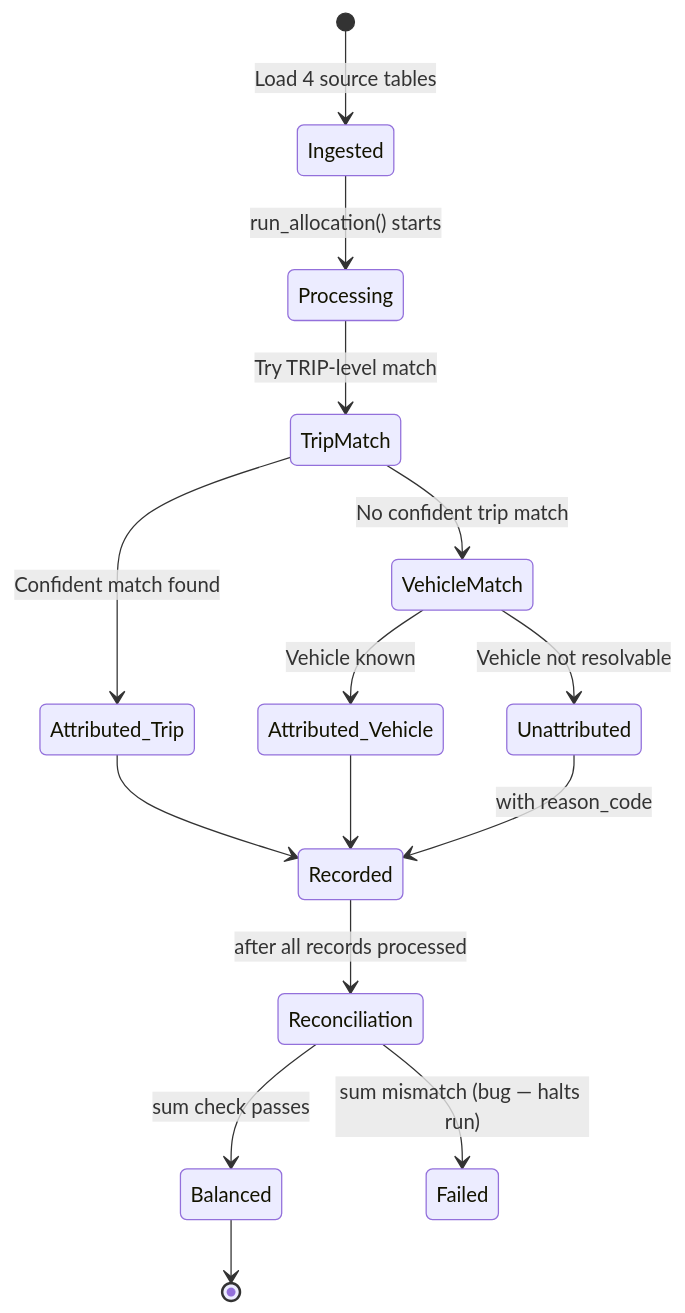
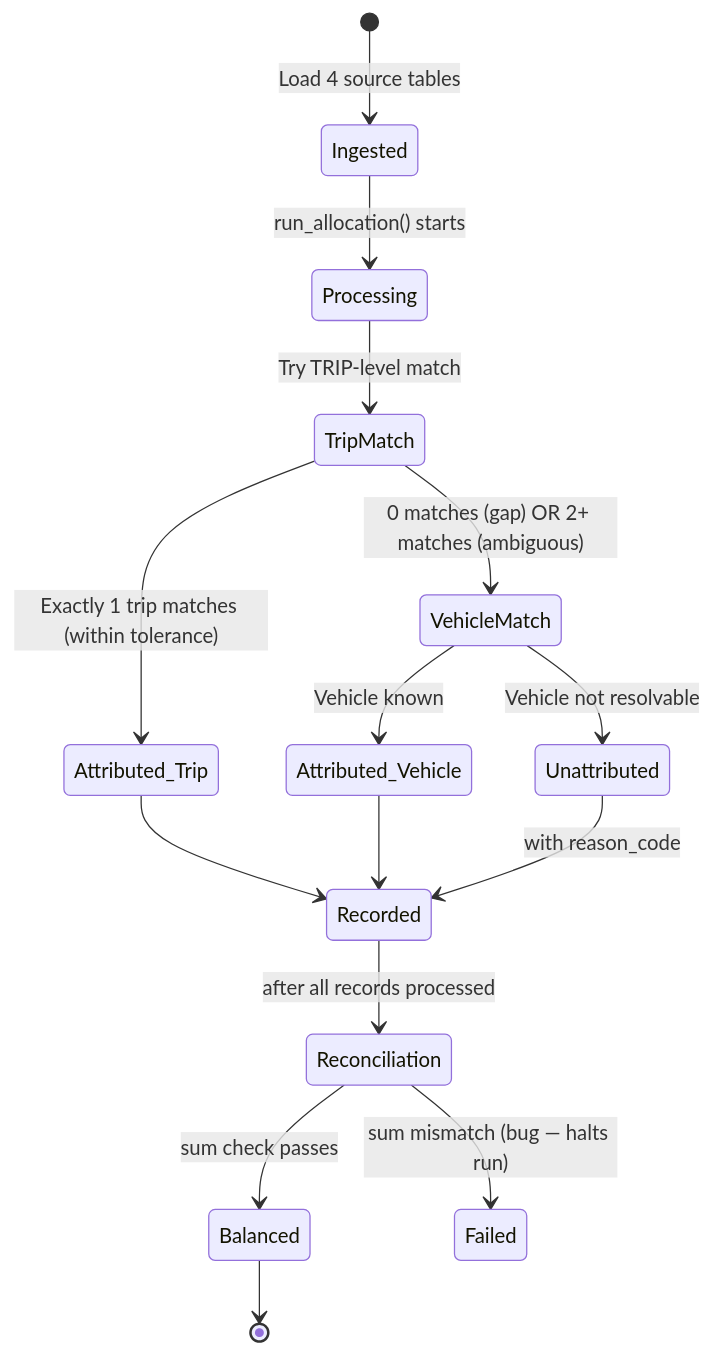
Before and after one commit to fenzamaria/vehicle-trip-cost-allocation: the second of 2 diagrams in Architecture.md, drawn with Mermaid. The commit also changed other lines of this file and 1 other file, not shown here.

````diff
--- a/Architecture.md
+++ b/Architecture.md
@@ -126,17 +131,17 @@
 ```mermaid
 stateDiagram-v2
     [*] --> Ingested: Load 4 source tables
     Ingested --> Processing: run_allocation() starts
     Processing --> TripMatch: Try TRIP-level match
-    TripMatch --> Attributed_Trip: Confident match found
-    TripMatch --> VehicleMatch: No confident trip match
+    TripMatch --> Attributed_Trip: Exactly 1 trip matches (within tolerance)
+    TripMatch --> VehicleMatch: 0 matches (gap) OR 2+ matches (ambiguous)
     VehicleMatch --> Attributed_Vehicle: Vehicle known
     VehicleMatch --> Unattributed: Vehicle not resolvable
     Attributed_Trip --> Recorded
     Attributed_Vehicle --> Recorded
     Unattributed --> Recorded: with reason_code
     Recorded --> Reconciliation: after all records processed
     Reconciliation --> Balanced: sum check passes
     Reconciliation --> Failed: sum mismatch (bug — halts run)
     Balanced --> [*]
 ```
````
